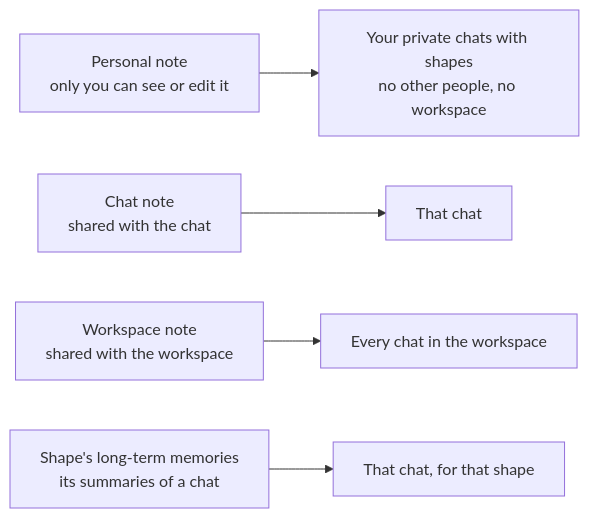
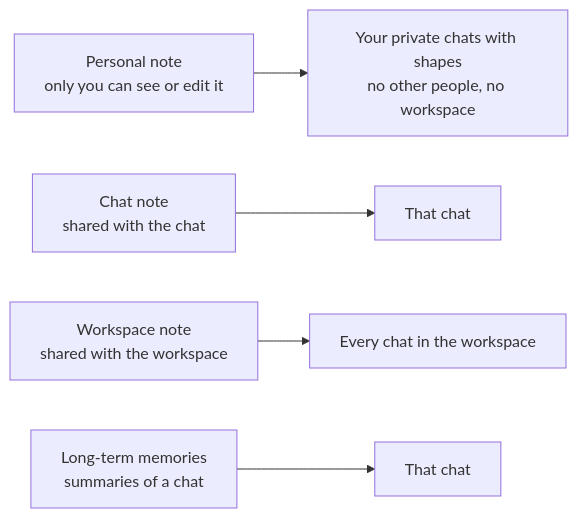
Before and after one commit to shapesinc/docs: the fifth of 8 diagrams in memory-under-the-hood.mdx, drawn with Mermaid. The commit also changed other lines of this file and 44 other files, not shown here.

````diff
--- a/memory-under-the-hood.mdx
+++ b/memory-under-the-hood.mdx
@@ -138,7 +138,7 @@
 ```mermaid
 flowchart LR
   PN["Personal note<br/>only you can see or edit it"] --> PC["Your private chats with shapes<br/>no other people, no workspace"]
   CN["Chat note<br/>shared with the chat"] --> OC["That chat"]
   WN["Workspace note<br/>shared with the workspace"] --> WC["Every chat in the workspace"]
-  LT["Shape's long-term memories<br/>its summaries of a chat"] --> LC["That chat, for that shape"]
+  LT["Long-term memories<br/>summaries of a chat"] --> LC["That chat"]
 ```
````
